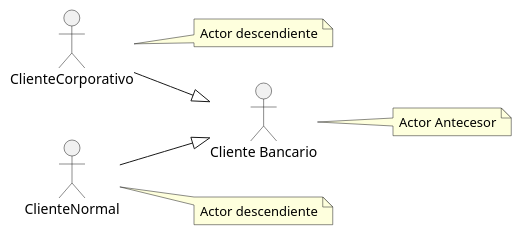
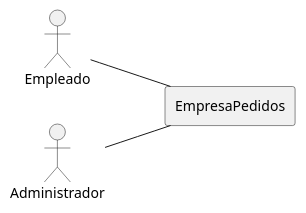
One commit to sergikarx/casos-de-uso-con-PlantUml-II-Sergio-Aroca changed the diagram in src/casos_de_uso_con_PlantUml_IISAM.puml. Above: the diagram before and after it, drawn with PlantUML. The commit also changed 1 other file, not shown here.

Commit message:
Diagrama de contexto: (primer ejemplo)

```diff
--- a/src/casos_de_uso_con_PlantUml_IISAM.puml
+++ b/src/casos_de_uso_con_PlantUml_IISAM.puml
@@ -1,20 +1,11 @@
 @startuml
 left to right direction
-:Cliente Bancario: as ActorAscen
-:ClienteCorporativo: as ActorDescendiente
-:ClienteNormal: as ActorDescendiente2
+:Empleado: as Emple
+:Administrador: as Admin
 
-ActorDescendiente --|> ActorAscen
-ActorDescendiente2 --|>ActorAscen
-note right of ActorAscen
-Actor Antecesor
-end note
+rectangle EmpresaPedidos {
 
-note right of ActorDescendiente
-Actor descendiente
-end note
-
-note right of ActorDescendiente2
-Actor descendiente
-end note
+}
+Emple -- EmpresaPedidos
+Admin -- EmpresaPedidos
 @enduml
```
